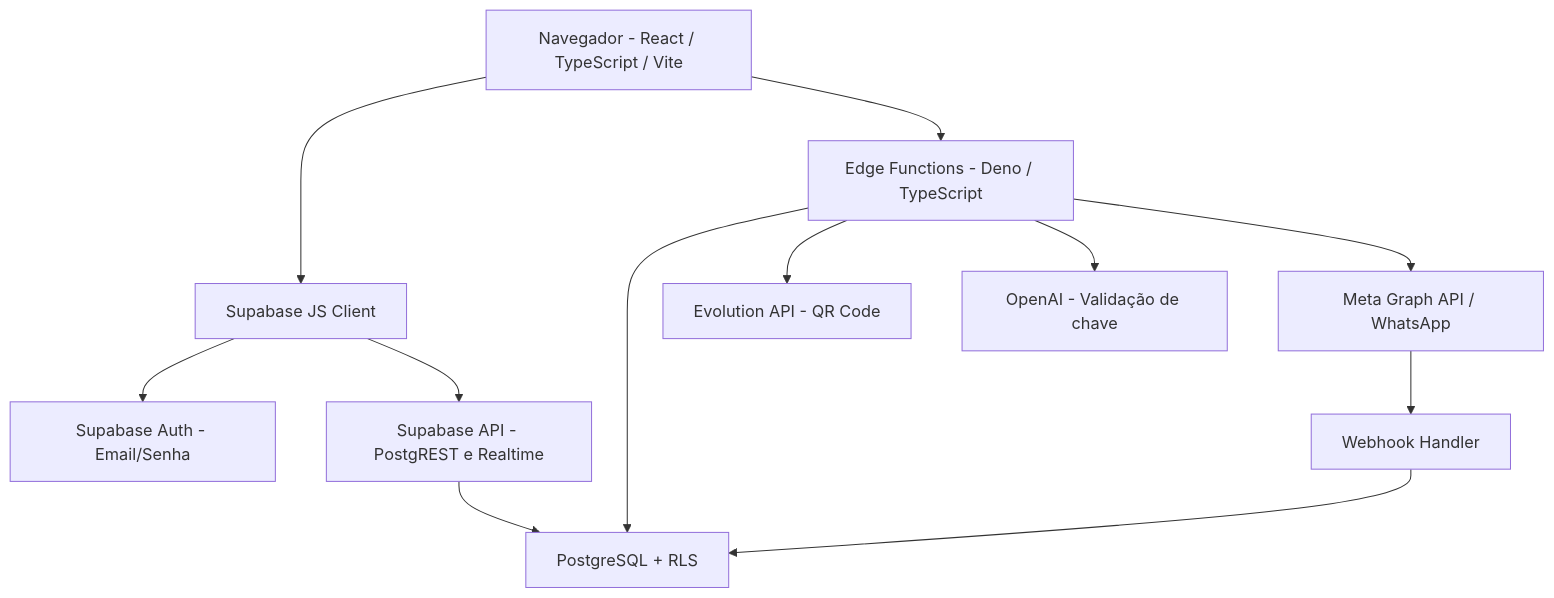
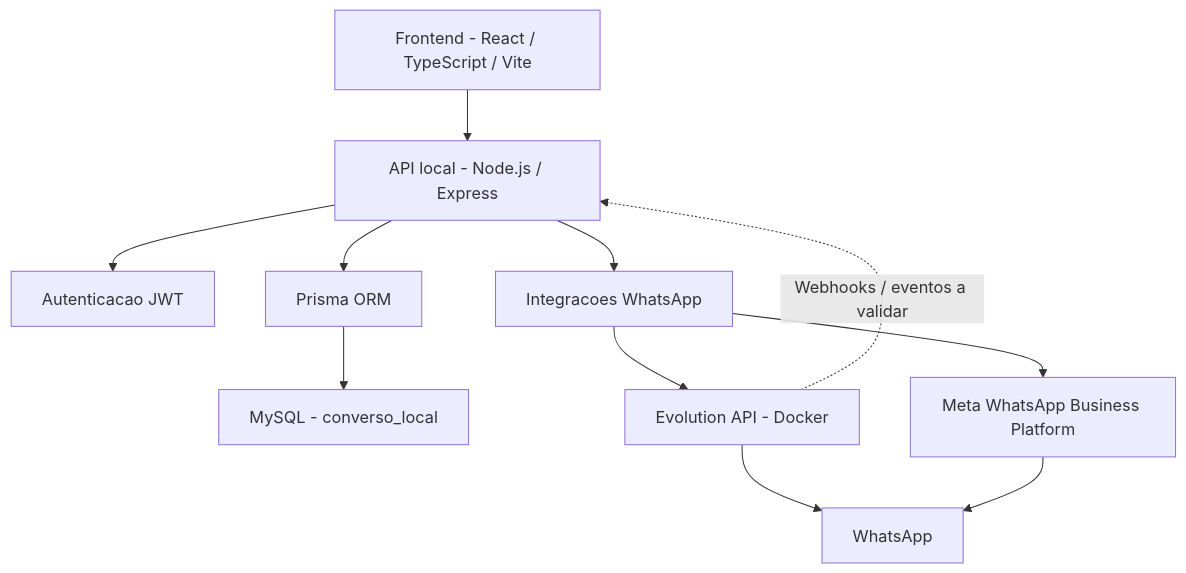
One commit to Juanlucasarchangelo/web-whats-guru changed the diagram in README.md. Above: the diagram before and after it, drawn with Mermaid. The commit also changed other lines of this file, not shown here.

````diff
--- a/README.md
+++ b/README.md
@@ -117,14 +78,13 @@
 ```mermaid
 flowchart TD
-    A["Navegador - React / TypeScript / Vite"] --> B["Supabase JS Client"]
-    B --> C["Supabase Auth - Email/Senha"]
-    B --> D["Supabase API - PostgREST e Realtime"]
-    D --> E["PostgreSQL + RLS"]
-    A --> F["Edge Functions - Deno / TypeScript"]
-    F --> E
-    F --> G["Meta Graph API / WhatsApp"]
-    F --> H["Evolution API - QR Code"]
-    F --> I["OpenAI - Validação de chave"]
-    G --> J["Webhook Handler"]
-    J --> E
+    A["Frontend - React / TypeScript / Vite"] --> B["API local - Node.js / Express"]
+    B --> C["Autenticacao JWT"]
+    B --> D["Prisma ORM"]
+    D --> E["MySQL - converso_local"]
+    B --> F["Integracoes WhatsApp"]
+    F --> G["Evolution API - Docker"]
+    F --> H["Meta WhatsApp Business Platform"]
+    G --> I["WhatsApp"]
+    H --> I
+    G -. "Webhooks / eventos a validar" .-> B
 ```
````
